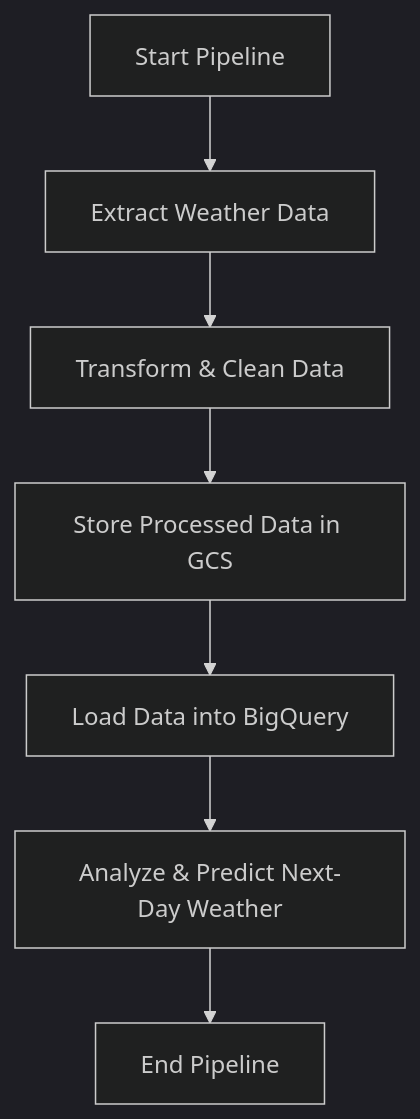
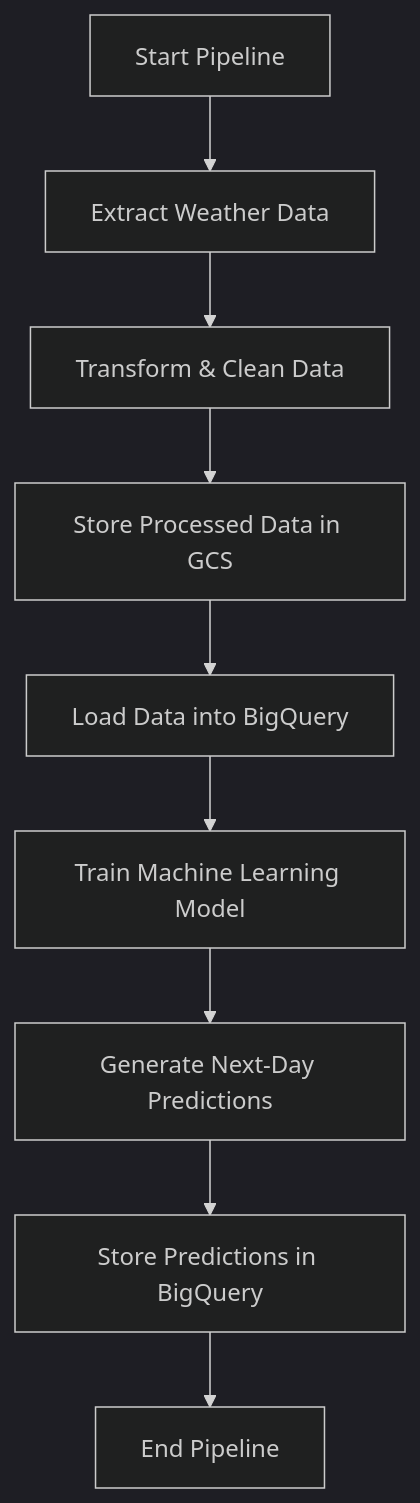
Before and after one commit to parameshwarbhat411/Weather_Prediction_Project: the diagram in README.md, drawn with Mermaid (dark theme). The commit also changed other lines of this file, not shown here.

````diff
--- a/README.md
+++ b/README.md
@@ -138,9 +156,11 @@
 ```mermaid
 graph TD;
     A[Start Pipeline] --> B[Extract Weather Data]
     B --> C[Transform & Clean Data]
     C --> D[Store Processed Data in GCS]
     D --> E[Load Data into BigQuery]
-    E --> F[Analyze & Predict Next-Day Weather]
-    F --> G[End Pipeline]
+    E --> F[Train Machine Learning Model]
+    F --> G[Generate Next-Day Predictions]
+    G --> H[Store Predictions in BigQuery]
+    H --> I[End Pipeline]
 ```
````
